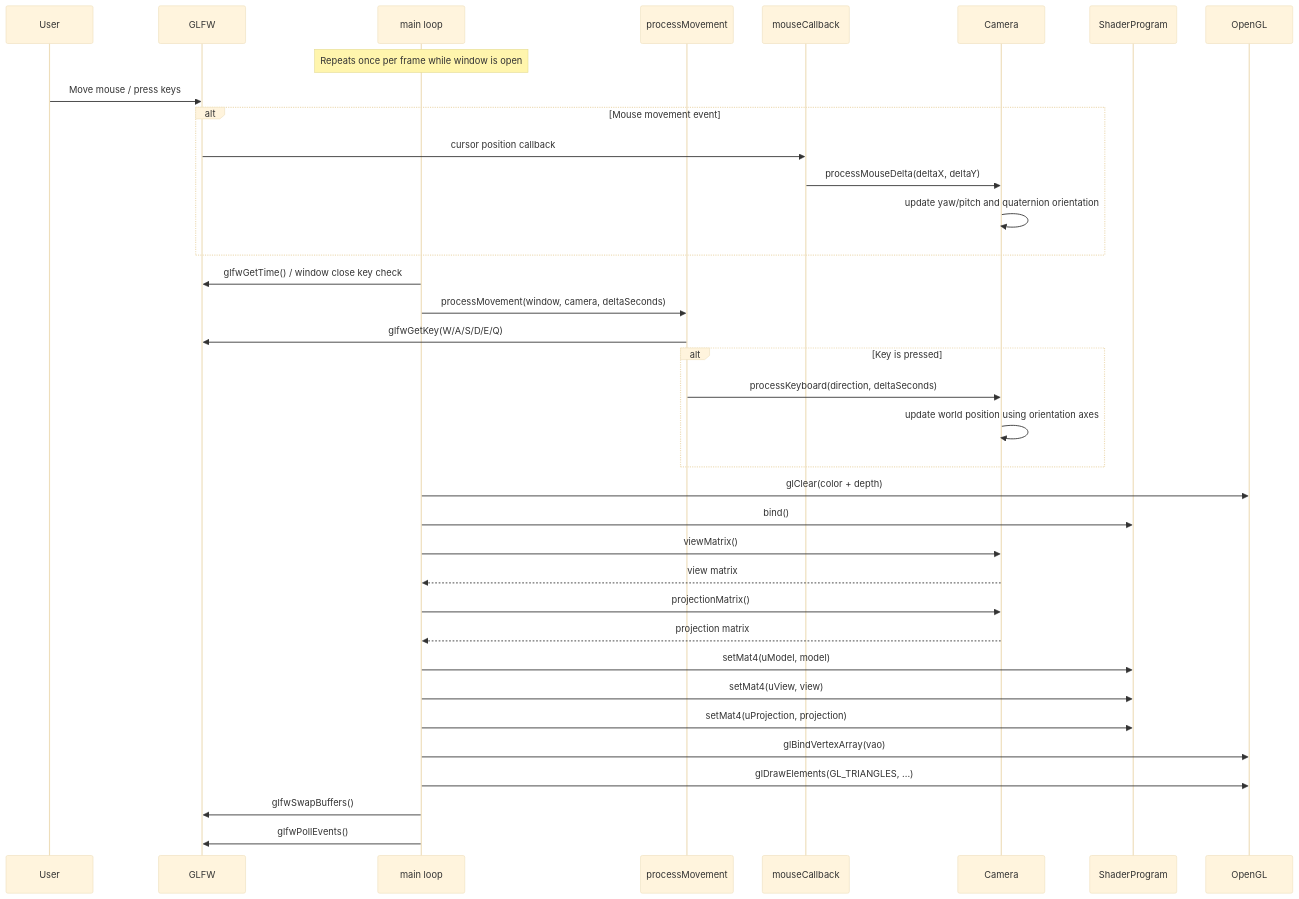
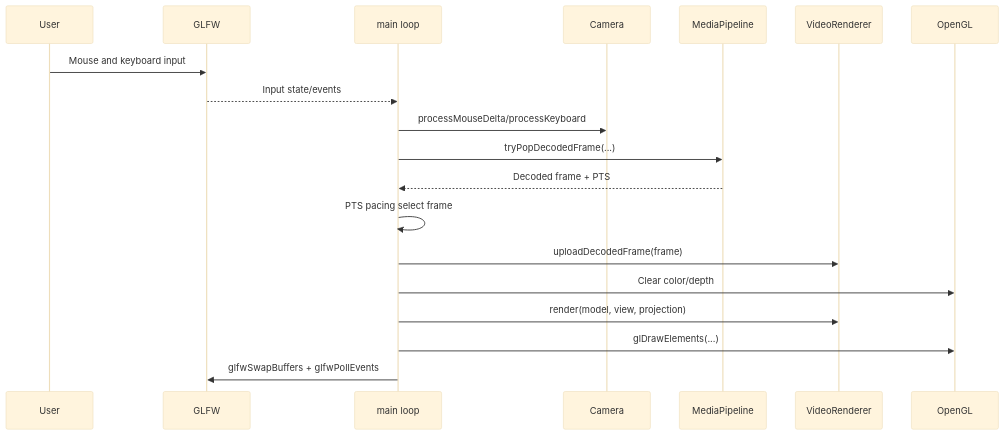
Before and after one commit to djshaji/spatial-video-player: the second of 2 diagrams in Implementation.md, drawn with Mermaid (base theme). The commit also changed other lines of this file and 1 other file, not shown here.

````diff
--- a/Implementation.md
+++ b/Implementation.md
@@ -278,48 +201,22 @@
 ```mermaid
 sequenceDiagram
-	participant User
-	participant GLFW
-	participant MainLoop as main loop
-	participant Input as processMovement
-	participant MouseCB as mouseCallback
-	participant Camera
-	participant Shader as ShaderProgram
-	participant GL as OpenGL
+    participant User
+    participant GLFW
+    participant Main as main loop
+    participant Camera
+    participant Pipeline as MediaPipeline
+    participant Renderer as VideoRenderer
+    participant GL as OpenGL
 
-	Note over MainLoop: Repeats once per frame while window is open
-
-	User->>GLFW: Move mouse / press keys
-
-	alt Mouse movement event
-		GLFW->>MouseCB: cursor position callback
-		MouseCB->>Camera: processMouseDelta(deltaX, deltaY)
-		Camera->>Camera: update yaw/pitch and quaternion orientation
-	end
-
-	MainLoop->>GLFW: glfwGetTime() / window close key check
-	MainLoop->>Input: processMovement(window, camera, deltaSeconds)
-
-	Input->>GLFW: glfwGetKey(W/A/S/D/E/Q)
-	alt Key is pressed
-		Input->>Camera: processKeyboard(direction, deltaSeconds)
-		Camera->>Camera: update world position using orientation axes
-	end
-
-	MainLoop->>GL: glClear(color + depth)
-	MainLoop->>Shader: bind()
-
-	MainLoop->>Camera: viewMatrix()
-	Camera-->>MainLoop: view matrix
-	MainLoop->>Camera: projectionMatrix()
-	Camera-->>MainLoop: projection matrix
-
-	MainLoop->>Shader: setMat4(uModel, model)
-	MainLoop->>Shader: setMat4(uView, view)
-	MainLoop->>Shader: setMat4(uProjection, projection)
-
-	MainLoop->>GL: glBindVertexArray(vao)
-	MainLoop->>GL: glDrawElements(GL_TRIANGLES, ...)
-
-	MainLoop->>GLFW: glfwSwapBuffers()
-	MainLoop->>GLFW: glfwPollEvents()
+    User->>GLFW: Mouse and keyboard input
+    GLFW-->>Main: Input state/events
+    Main->>Camera: processMouseDelta/processKeyboard
+    Main->>Pipeline: tryPopDecodedFrame(...)
+    Pipeline-->>Main: Decoded frame + PTS
+    Main->>Main: PTS pacing select frame
+    Main->>Renderer: uploadDecodedFrame(frame)
+    Main->>GL: Clear color/depth
+    Main->>Renderer: render(model, view, projection)
+    Main->>GL: glDrawElements(...)
+    Main->>GLFW: glfwSwapBuffers + glfwPollEvents
 ```
````
